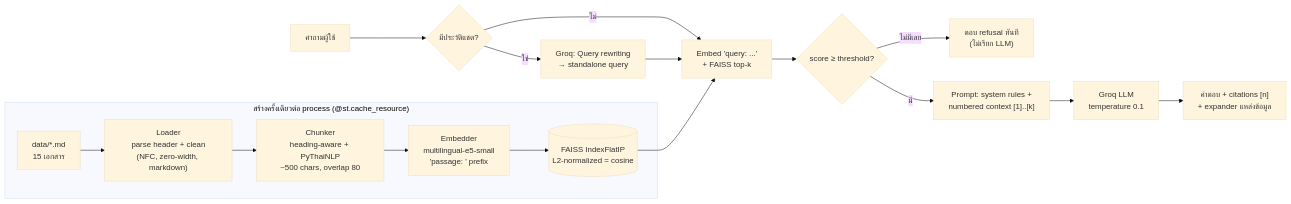
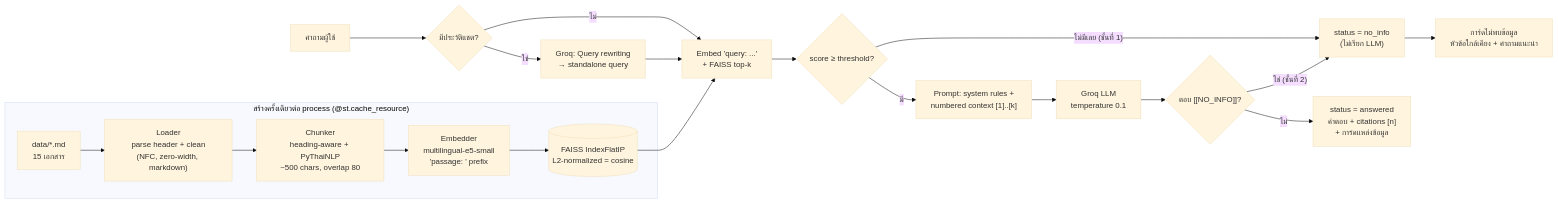
Before and after one commit to EqrixZ/NLP-final_rag: the diagram in README.md, drawn with Mermaid (base theme). The commit also changed other lines of this file and 31 other files, not shown here.

````diff
--- a/README.md
+++ b/README.md
@@ -33,19 +36,22 @@
 ```mermaid
 flowchart LR
     subgraph Offline["สร้างครั้งเดียวต่อ process (@st.cache_resource)"]
         A["data/*.md<br/>15 เอกสาร"] --> B["Loader<br/>parse header + clean<br/>(NFC, zero-width, markdown)"]
         B --> C["Chunker<br/>heading-aware + PyThaiNLP<br/>~500 chars, overlap 80"]
         C --> D["Embedder<br/>multilingual-e5-small<br/>'passage: ' prefix"]
         D --> E[("FAISS IndexFlatIP<br/>L2-normalized = cosine")]
     end
     Q["คำถามผู้ใช้"] --> R{"มีประวัติแชต?"}
     R -- ใช่ --> RW["Groq: Query rewriting<br/>→ standalone query"]
     R -- ไม่ --> S
     RW --> S["Embed 'query: ...'<br/>+ FAISS top-k"]
     E --> S
     S --> T{"score ≥ threshold?"}
-    T -- "ไม่มีเลย" --> X["ตอบ refusal ทันที<br/>(ไม่เรียก LLM)"]
+    T -- "ไม่มีเลย (ชั้นที่ 1)" --> X["status = no_info<br/>(ไม่เรียก LLM)"]
     T -- มี --> P["Prompt: system rules +<br/>numbered context [1]..[k]"]
     P --> L["Groq LLM<br/>temperature 0.1"]
-    L --> O["คำตอบ + citations [n]<br/>+ expander แหล่งข้อมูล"]
+    L --> N{"ตอบ [[NO_INFO]]?"}
+    N -- "ใช่ (ชั้นที่ 2)" --> X
+    N -- ไม่ --> O["status = answered<br/>คำตอบ + citations [n]<br/>+ การ์ดแหล่งข้อมูล"]
+    X --> C2["การ์ดไม่พบข้อมูล<br/>หัวข้อใกล้เคียง + คำถามแนะนำ"]
 ```
````
